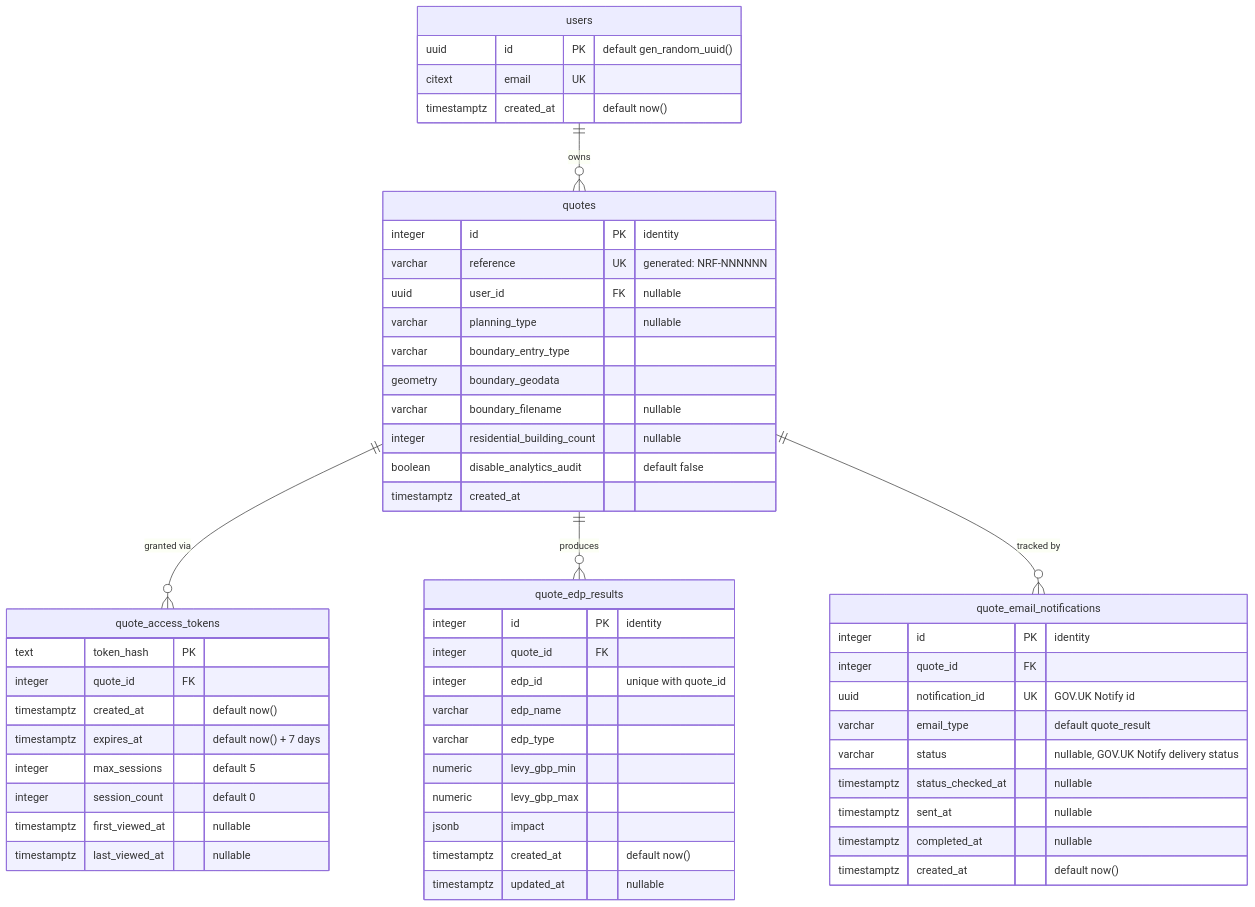
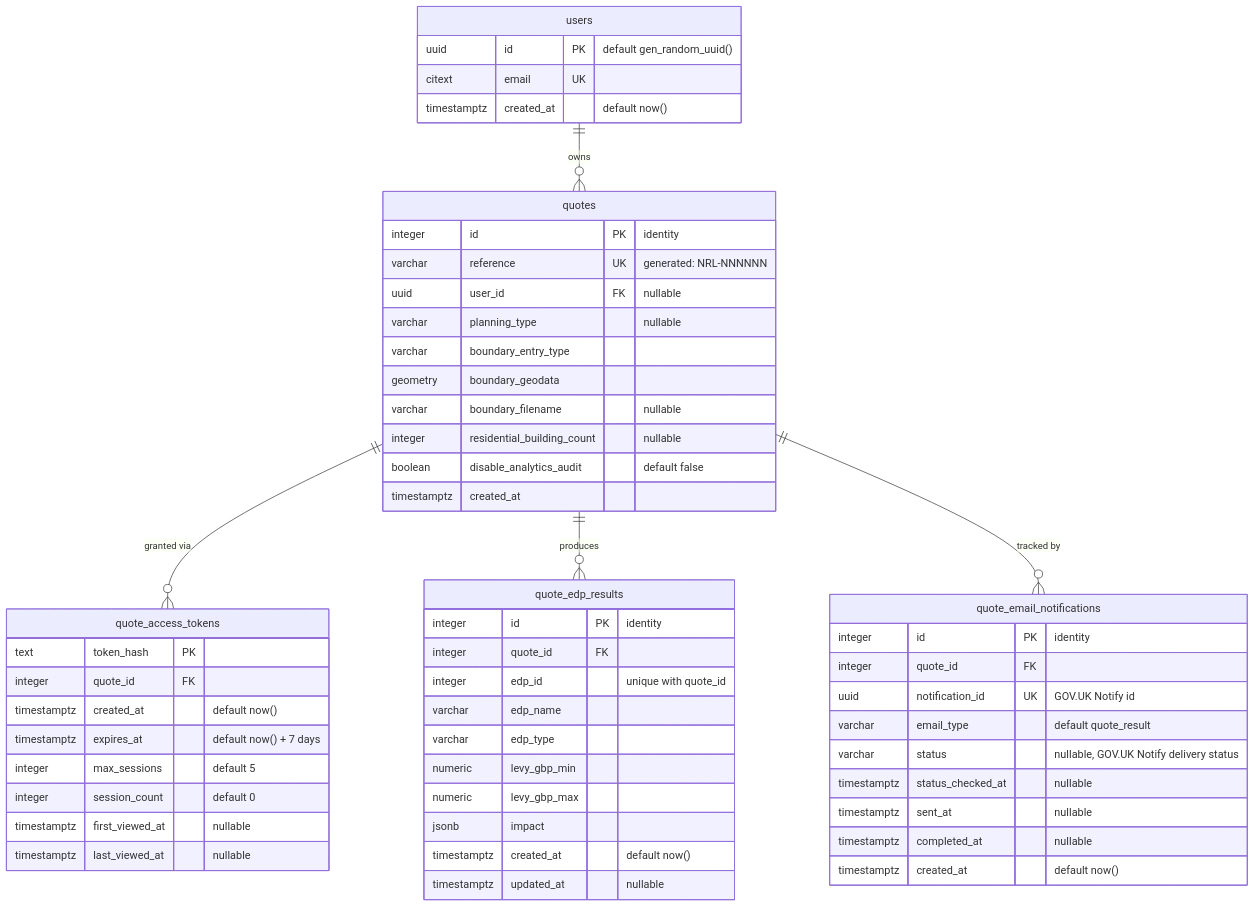
Before and after one commit to DEFRA/nrf-backend: the diagram in docs/quote-database-diagram.md, drawn with Mermaid. The commit also changed other lines of this file and 25 other files, not shown here.

Commit message:
NRF2-1079 Use NRL prefix for quote references (#275)

````diff
--- a/docs/quote-database-diagram.md
+++ b/docs/quote-database-diagram.md
@@ -10,62 +10,62 @@
 ```mermaid
 erDiagram
     users ||--o{ quotes : "owns"
     quotes ||--o{ quote_access_tokens : "granted via"
     quotes ||--o{ quote_edp_results : "produces"
     quotes ||--o{ quote_email_notifications : "tracked by"
 
     users {
         uuid id PK "default gen_random_uuid()"
         citext email UK
         timestamptz created_at "default now()"
     }
 
     quotes {
         integer id PK "identity"
-        varchar reference UK "generated: NRF-NNNNNN"
+        varchar reference UK "generated: NRL-NNNNNN"
         uuid user_id FK "nullable"
         varchar planning_type "nullable"
         varchar boundary_entry_type
         geometry boundary_geodata
         varchar boundary_filename "nullable"
         integer residential_building_count "nullable"
         boolean disable_analytics_audit "default false"
         timestamptz created_at
     }
 
     quote_access_tokens {
         text token_hash PK
         integer quote_id FK
         timestamptz created_at "default now()"
         timestamptz expires_at "default now() + 7 days"
         integer max_sessions "default 5"
         integer session_count "default 0"
         timestamptz first_viewed_at "nullable"
         timestamptz last_viewed_at "nullable"
     }
 
     quote_edp_results {
         integer id PK "identity"
         integer quote_id FK
         integer edp_id "unique with quote_id"
         varchar edp_name
         varchar edp_type
         numeric levy_gbp_min
         numeric levy_gbp_max
         jsonb impact
         timestamptz created_at "default now()"
         timestamptz updated_at "nullable"
     }
 
     quote_email_notifications {
         integer id PK "identity"
         integer quote_id FK
         uuid notification_id UK "GOV.UK Notify id"
         varchar email_type "default quote_result"
         varchar status "nullable, GOV.UK Notify delivery status"
         timestamptz status_checked_at "nullable"
         timestamptz sent_at "nullable"
         timestamptz completed_at "nullable"
         timestamptz created_at "default now()"
     }
 ```
````
